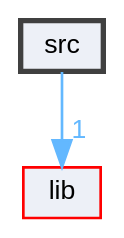
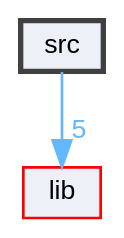
The diagram in dir_68267d1309a1af8e8297ef4c3efbcdba_dep.dot (helcsnewsxd/gsc-interpreter), drawn with Graphviz before and after one commit. The commit also changed 122 other files, not shown here.

```diff
--- a/dir_68267d1309a1af8e8297ef4c3efbcdba_dep.dot
+++ b/dir_68267d1309a1af8e8297ef4c3efbcdba_dep.dot
@@ -1,11 +1,11 @@
 digraph "src"
 {
  // LATEX_PDF_SIZE
   bgcolor="transparent";
   edge [fontname=Helvetica,fontsize=10,labelfontname=Helvetica,labelfontsize=10];
   node [fontname=Helvetica,fontsize=10,shape=box,height=0.2,width=0.4];
   compound=true
   dir_68267d1309a1af8e8297ef4c3efbcdba [label="src", fillcolor="#edf0f7", color="grey25", style="filled,bold", URL="dir_68267d1309a1af8e8297ef4c3efbcdba.html",tooltip=""];
   dir_97aefd0d527b934f1d99a682da8fe6a9 [label="lib", fillcolor="#edf0f7", color="red", style="filled", URL="dir_97aefd0d527b934f1d99a682da8fe6a9.html",tooltip=""];
-  dir_68267d1309a1af8e8297ef4c3efbcdba->dir_97aefd0d527b934f1d99a682da8fe6a9 [headlabel="1", labeldistance=1.5 headhref="dir_000003_000002.html" href="dir_000003_000002.html" color="steelblue1" fontcolor="steelblue1"];
+  dir_68267d1309a1af8e8297ef4c3efbcdba->dir_97aefd0d527b934f1d99a682da8fe6a9 [headlabel="5", labeldistance=1.5 headhref="dir_000003_000002.html" href="dir_000003_000002.html" color="steelblue1" fontcolor="steelblue1"];
 }
```
